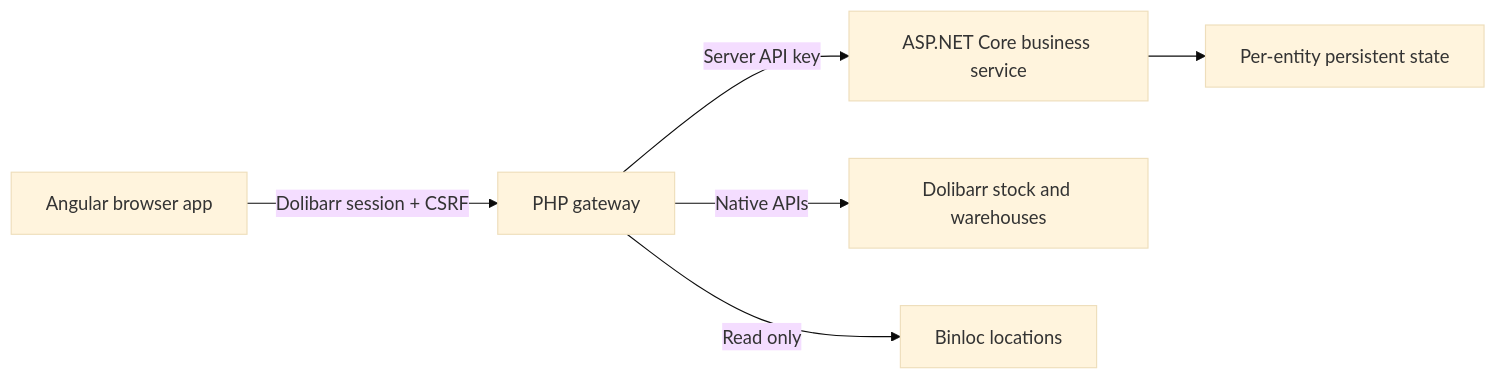
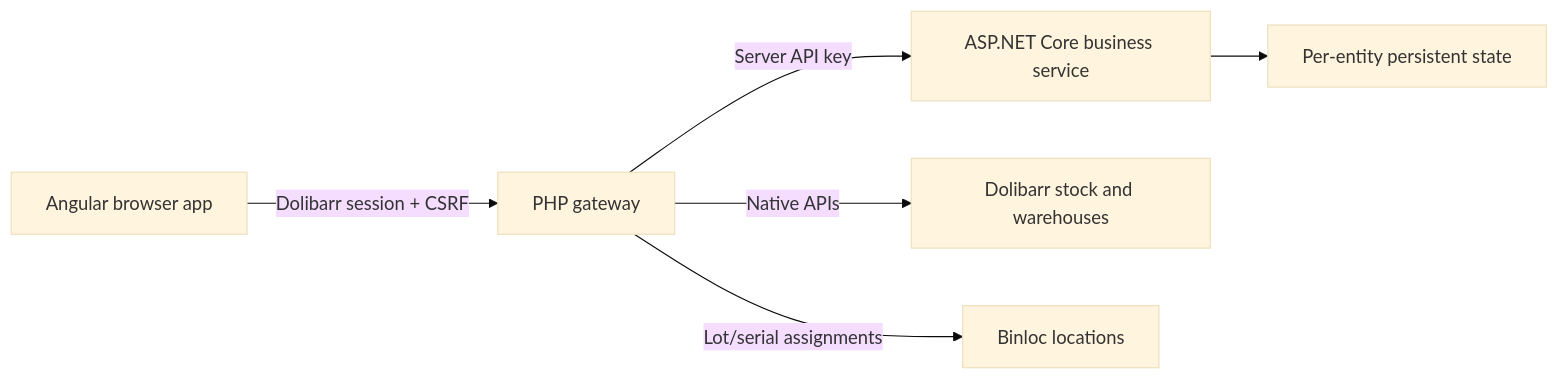
Before and after one commit to HatOnGithub/qrrouter: the diagram in README.md, drawn with Mermaid (base theme). The commit also changed other lines of this file and 44 other files, not shown here.

````diff
--- a/README.md
+++ b/README.md
@@ -7,8 +7,8 @@
 ```mermaid
 flowchart LR
     Angular[Angular browser app] -->|Dolibarr session + CSRF| PHP[PHP gateway]
     PHP -->|Server API key| API[ASP.NET Core business service]
     API --> Store[Per-entity persistent state]
     PHP -->|Native APIs| Dolibarr[Dolibarr stock and warehouses]
-    PHP -->|Read only| Binloc[Binloc locations]
+    PHP -->|Lot/serial assignments| Binloc[Binloc locations]
 ```
````
